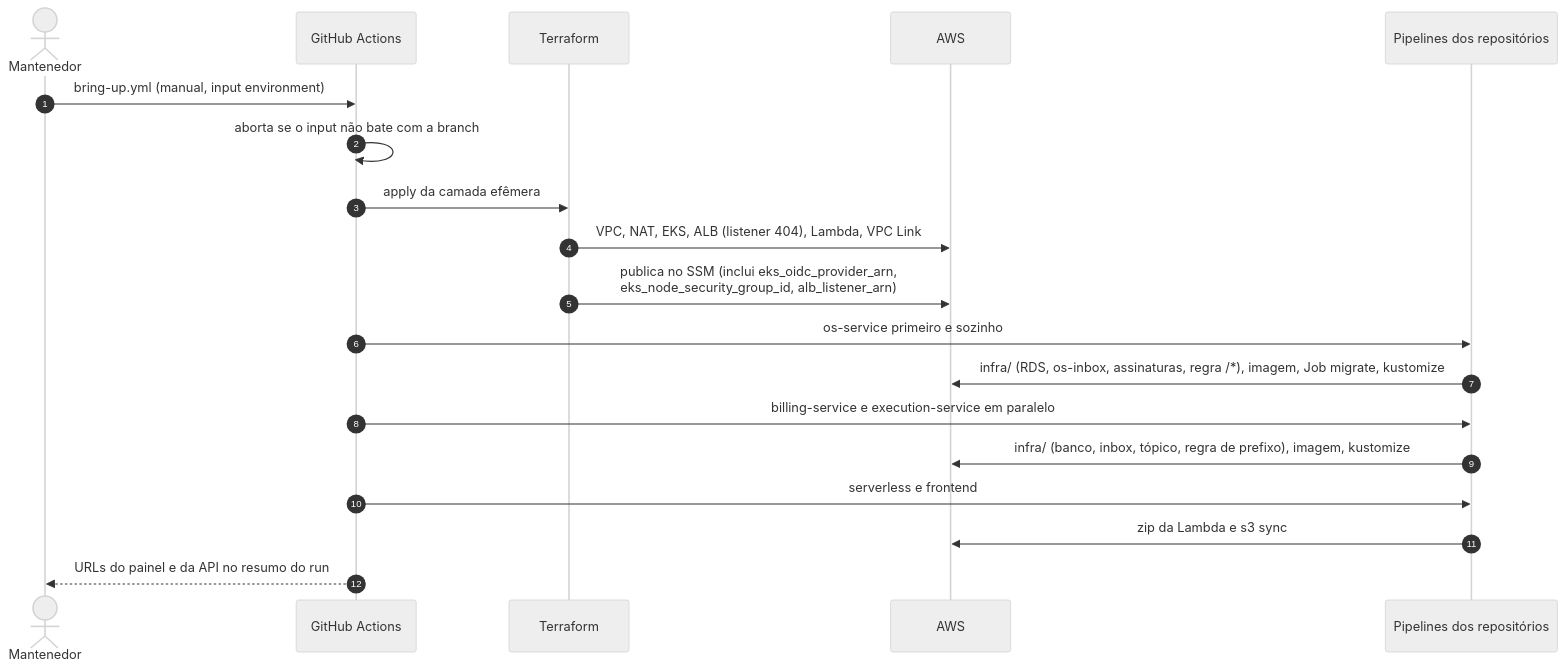
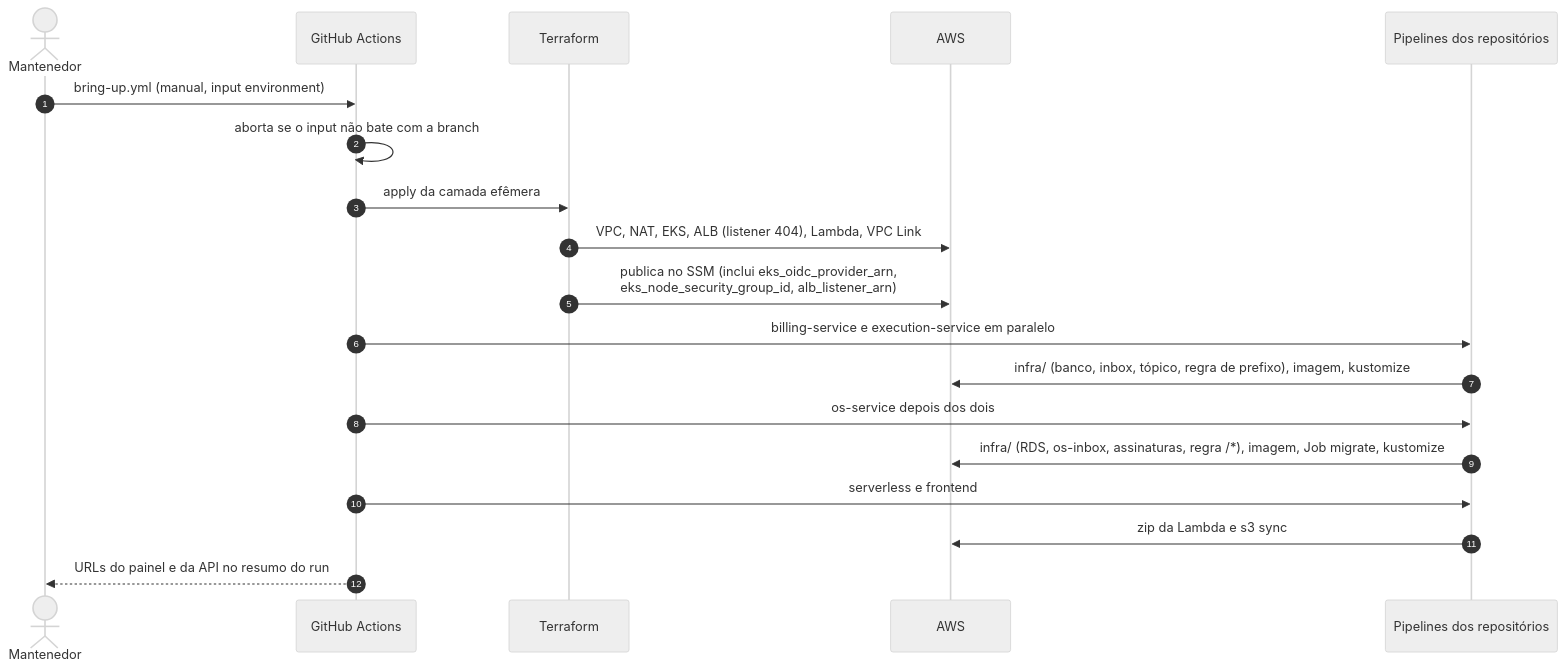
One commit to SOAT-15-Oficina/oficina-mecanica-infrastructure changed the second of 2 diagrams in docs/diagramas/implantacao.md. Above: the diagram before and after it, drawn with Mermaid (neutral theme). The commit also changed other lines of this file and 1 other file, not shown here.

First line of the commit message:
Sobe Billing e Execution antes do OS Service no bring-up

````diff
--- a/docs/diagramas/implantacao.md
+++ b/docs/diagramas/implantacao.md
@@ -91,22 +91,22 @@
 ```mermaid
 sequenceDiagram
     autonumber
     actor DEV as Mantenedor
     participant GHA as GitHub Actions
     participant TF as Terraform
     participant AWS as AWS
     participant APP as Pipelines dos repositórios
 
     DEV->>GHA: bring-up.yml (manual, input environment)
     GHA->>GHA: aborta se o input não bate com a branch
     GHA->>TF: apply da camada efêmera
     TF->>AWS: VPC, NAT, EKS, ALB (listener 404), Lambda, VPC Link
     TF->>AWS: publica no SSM (inclui eks_oidc_provider_arn,<br/>eks_node_security_group_id, alb_listener_arn)
-    GHA->>APP: os-service primeiro e sozinho
-    APP->>AWS: infra/ (RDS, os-inbox, assinaturas, regra /*), imagem, Job migrate, kustomize
     GHA->>APP: billing-service e execution-service em paralelo
     APP->>AWS: infra/ (banco, inbox, tópico, regra de prefixo), imagem, kustomize
+    GHA->>APP: os-service depois dos dois
+    APP->>AWS: infra/ (RDS, os-inbox, assinaturas, regra /*), imagem, Job migrate, kustomize
     GHA->>APP: serverless e frontend
     APP->>AWS: zip da Lambda e s3 sync
     GHA-->>DEV: URLs do painel e da API no resumo do run
 ```
````
